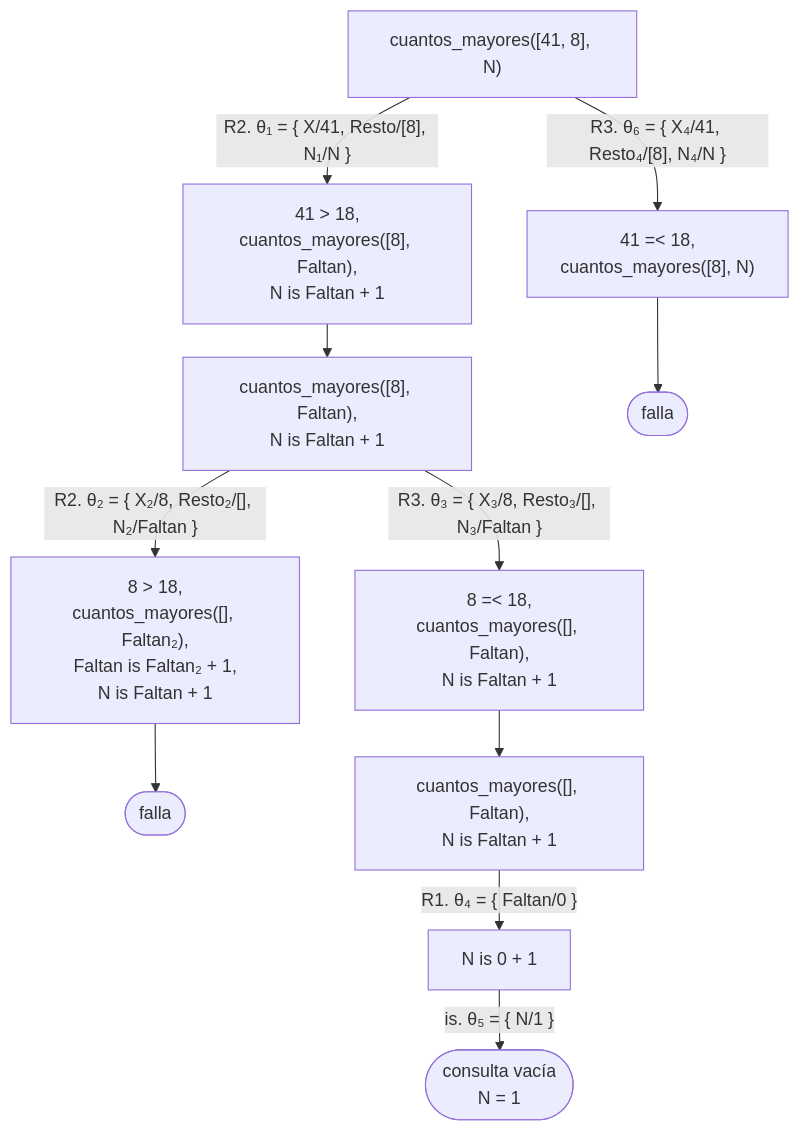
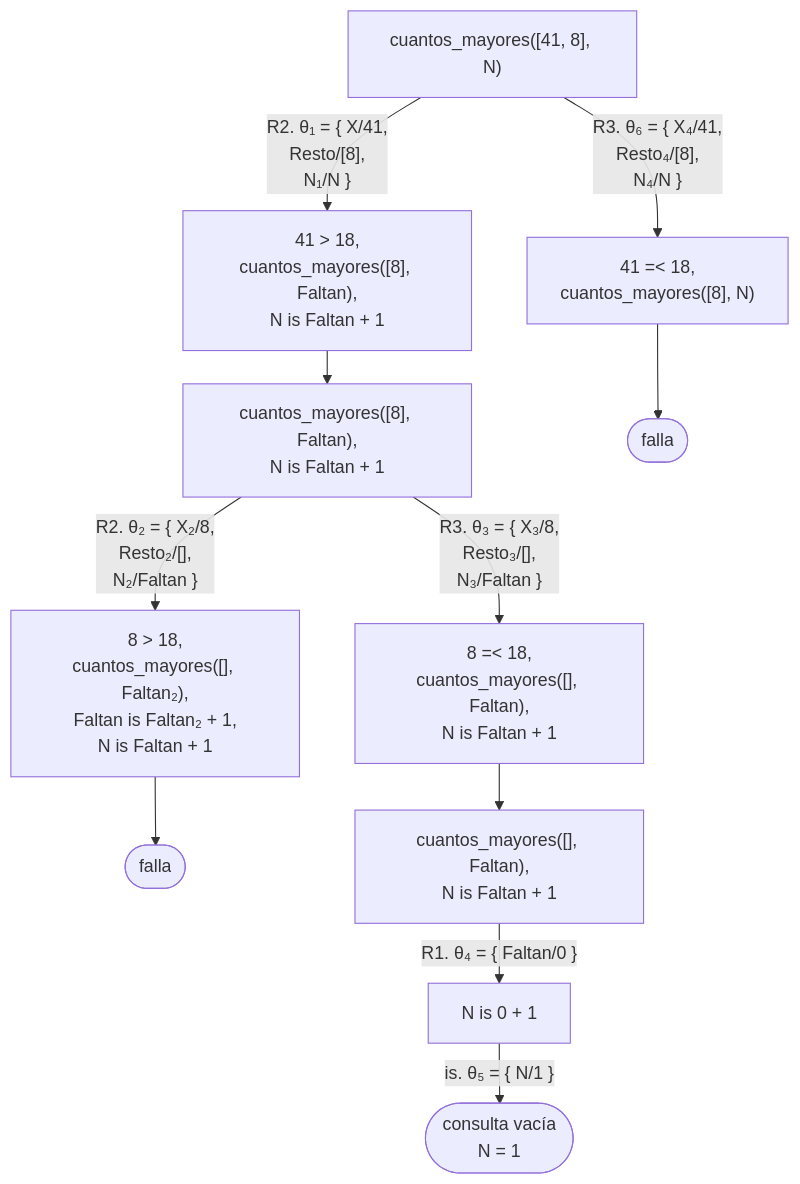
The third of 5 diagrams in docs/capitulo-08-aritmetica/soluciones.md (CesarBallardini/curso-de-prolog), drawn with Mermaid before and after one commit. The commit also changed 24 other files, not shown here.

First line of the commit message:
feat(docs): botones para ocultar las columnas laterales y etiquetas cortas en los diagramas

````diff
--- a/docs/capitulo-08-aritmetica/soluciones.md
+++ b/docs/capitulo-08-aritmetica/soluciones.md
@@ -194,14 +194,14 @@
 ```mermaid
 %%{init: {"flowchart": {"rankSpacing": 30}}}%%
 flowchart TD
-    A["cuantos_mayores([41, 8], N)"] -- "R2. θ₁ = {&nbsp;X/41, Resto/[8], N₁/N&nbsp;}" --> B["41 > 18,<br/>cuantos_mayores([8], Faltan),<br/>N is Faltan + 1"]
+    A["cuantos_mayores([41, 8], N)"] -- "R2. θ₁ = {&nbsp;X/41,<br/>Resto/[8],<br/>N₁/N&nbsp;}" --> B["41 > 18,<br/>cuantos_mayores([8], Faltan),<br/>N is Faltan + 1"]
     B --> C["cuantos_mayores([8], Faltan),<br/>N is Faltan + 1"]
-    C -- "R2. θ₂ = {&nbsp;X₂/8, Resto₂/[], N₂/Faltan&nbsp;}" --> D["8 > 18,<br/>cuantos_mayores([], Faltan₂),<br/>Faltan is Faltan₂ + 1,<br/>N is Faltan + 1"]
+    C -- "R2. θ₂ = {&nbsp;X₂/8,<br/>Resto₂/[],<br/>N₂/Faltan&nbsp;}" --> D["8 > 18,<br/>cuantos_mayores([], Faltan₂),<br/>Faltan is Faltan₂ + 1,<br/>N is Faltan + 1"]
     D --> F1(["falla"])
-    C -- "R3. θ₃ = {&nbsp;X₃/8, Resto₃/[], N₃/Faltan&nbsp;}" --> E["8 =< 18,<br/>cuantos_mayores([], Faltan),<br/>N is Faltan + 1"]
+    C -- "R3. θ₃ = {&nbsp;X₃/8,<br/>Resto₃/[],<br/>N₃/Faltan&nbsp;}" --> E["8 =< 18,<br/>cuantos_mayores([], Faltan),<br/>N is Faltan + 1"]
     E --> G["cuantos_mayores([], Faltan),<br/>N is Faltan + 1"]
     G -- "R1. θ₄ = {&nbsp;Faltan/0&nbsp;}" --> H["N is 0 + 1"]
     H -- "is. θ₅ = {&nbsp;N/1&nbsp;}" --> S(["consulta vacía<br/>N = 1"])
-    A -- "R3. θ₆ = {&nbsp;X₄/41, Resto₄/[8], N₄/N&nbsp;}" --> I["41 =< 18,<br/>cuantos_mayores([8], N)"]
+    A -- "R3. θ₆ = {&nbsp;X₄/41,<br/>Resto₄/[8],<br/>N₄/N&nbsp;}" --> I["41 =< 18,<br/>cuantos_mayores([8], N)"]
     I --> F2(["falla"])
 ```
````
